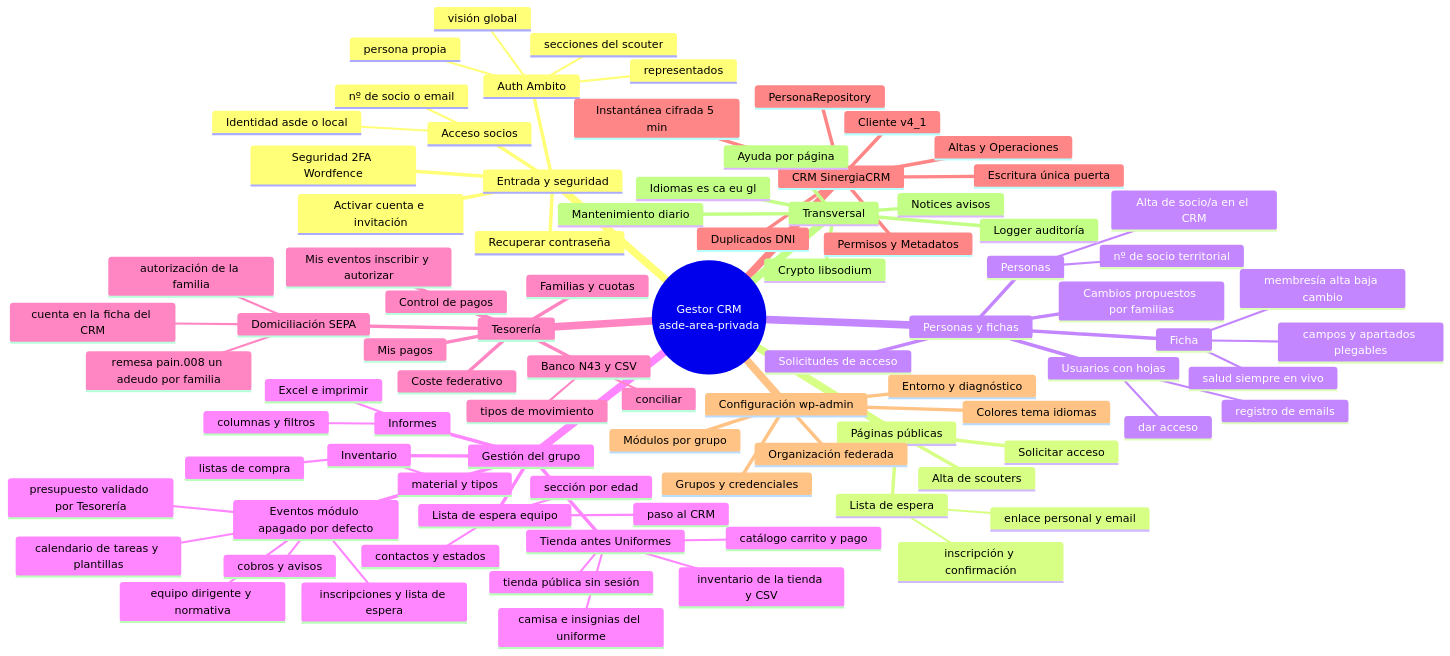
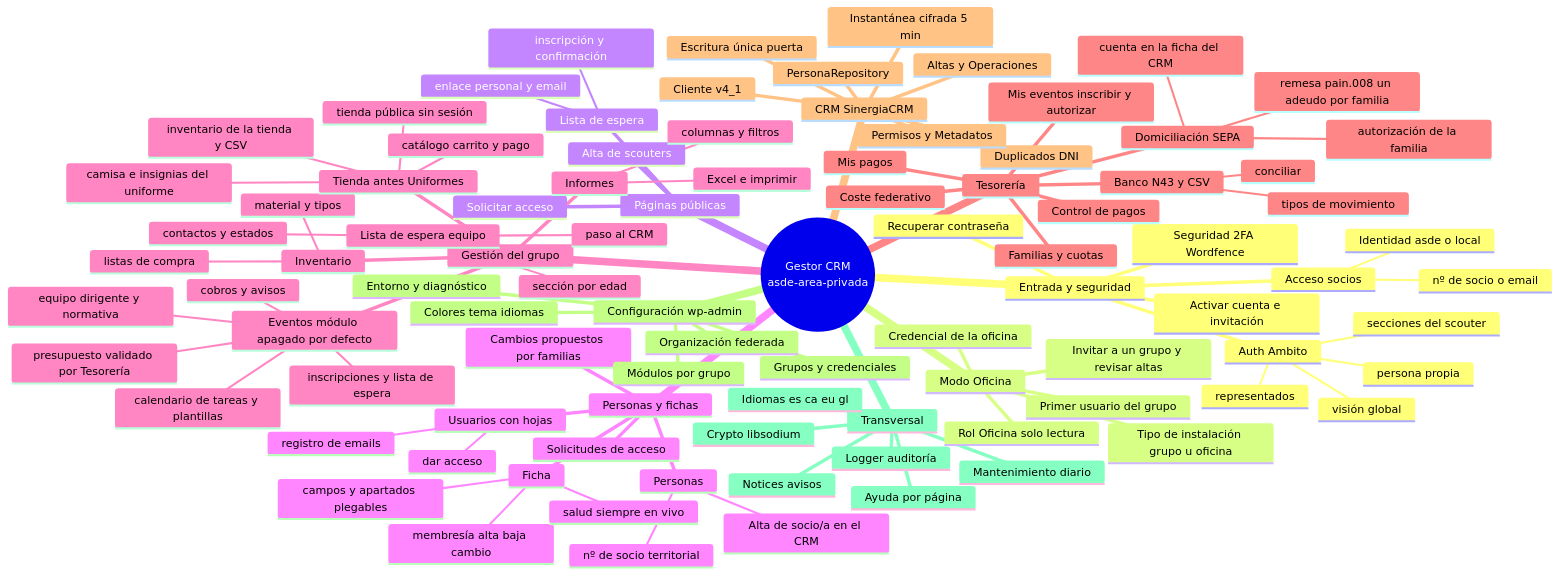
One commit to fmrondonPmi/GestorCRM-Scouts-de-Espa-a changed the first of 3 diagrams in docs/40-mapa-de-la-aplicacion.md. Above: the diagram before and after it, drawn with Mermaid. The commit also changed other lines of this file and 30 other files, not shown here.

Commit message:
v0.50.0: modo Oficina, fase 8 (manual de la Oficina, apartado de administración, docs y revisión)

```diff
--- a/docs/40-mapa-de-la-aplicacion.md
+++ b/docs/40-mapa-de-la-aplicacion.md
@@ -25,6 +25,12 @@
         representados
         secciones del scouter
         visión global
+    Modo Oficina
+      Tipo de instalación grupo u oficina
+      Credencial de la oficina
+      Rol Oficina solo lectura
+      Invitar a un grupo y revisar altas
+      Primer usuario del grupo
     Páginas públicas
       Solicitar acceso
       Alta de scouters
```
